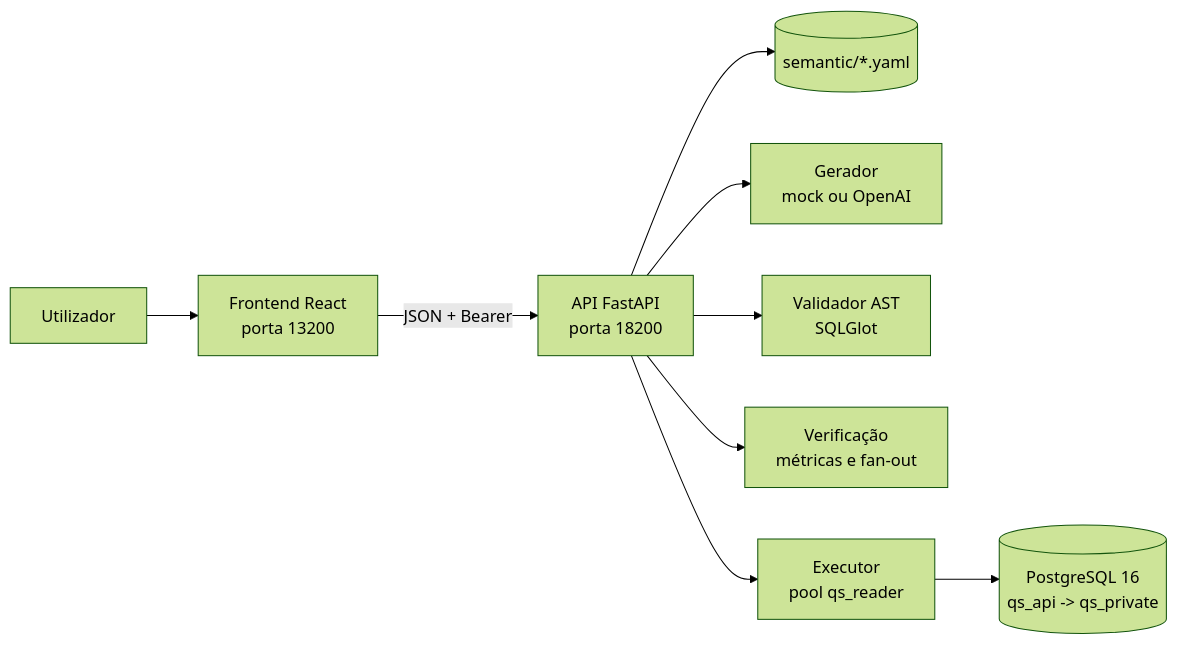
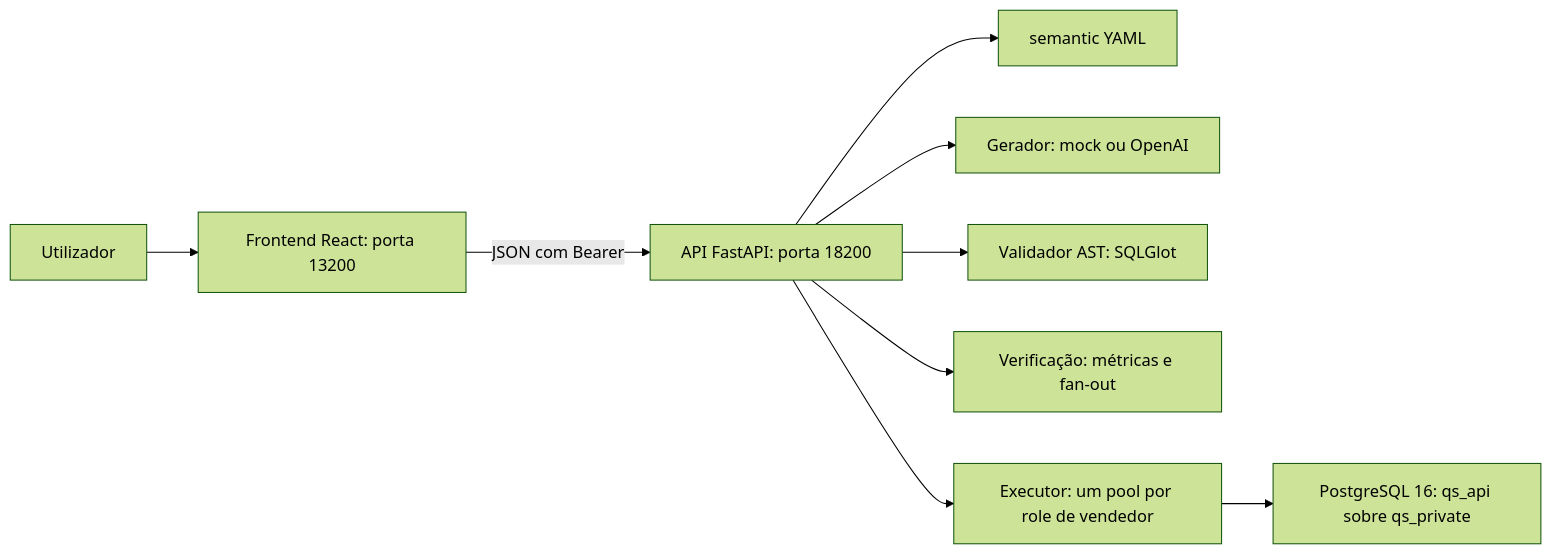
Before and after one commit to agataofrancisco/queryshield: the first of 2 diagrams in docs/architecture.md, drawn with Mermaid (forest theme). The commit also changed 10 other files, not shown here.

````diff
--- a/docs/architecture.md
+++ b/docs/architecture.md
@@ -5,11 +5,11 @@
 ```mermaid
 flowchart LR
-    U[Utilizador] --> FE[Frontend React<br/>porta 13200]
-    FE -->|JSON + Bearer| API[API FastAPI<br/>porta 18200]
-    API --> SEM[(semantic/*.yaml)]
-    API --> GEN[Gerador<br/>mock ou OpenAI]
-    API --> VAL[Validador AST<br/>SQLGlot]
-    API --> VER[Verificação<br/>métricas e fan-out]
-    API --> EXE[Executor<br/>pool qs_reader]
-    EXE --> DB[(PostgreSQL 16<br/>qs_api -> qs_private)]
+    U["Utilizador"] --> FE["Frontend React: porta 13200"]
+    FE -->|"JSON com Bearer"| API["API FastAPI: porta 18200"]
+    API --> SEM["semantic YAML"]
+    API --> GEN["Gerador: mock ou OpenAI"]
+    API --> VAL["Validador AST: SQLGlot"]
+    API --> VER["Verificação: métricas e fan-out"]
+    API --> EXE["Executor: um pool por role de vendedor"]
+    EXE --> DB["PostgreSQL 16: qs_api sobre qs_private"]
 ```
````
